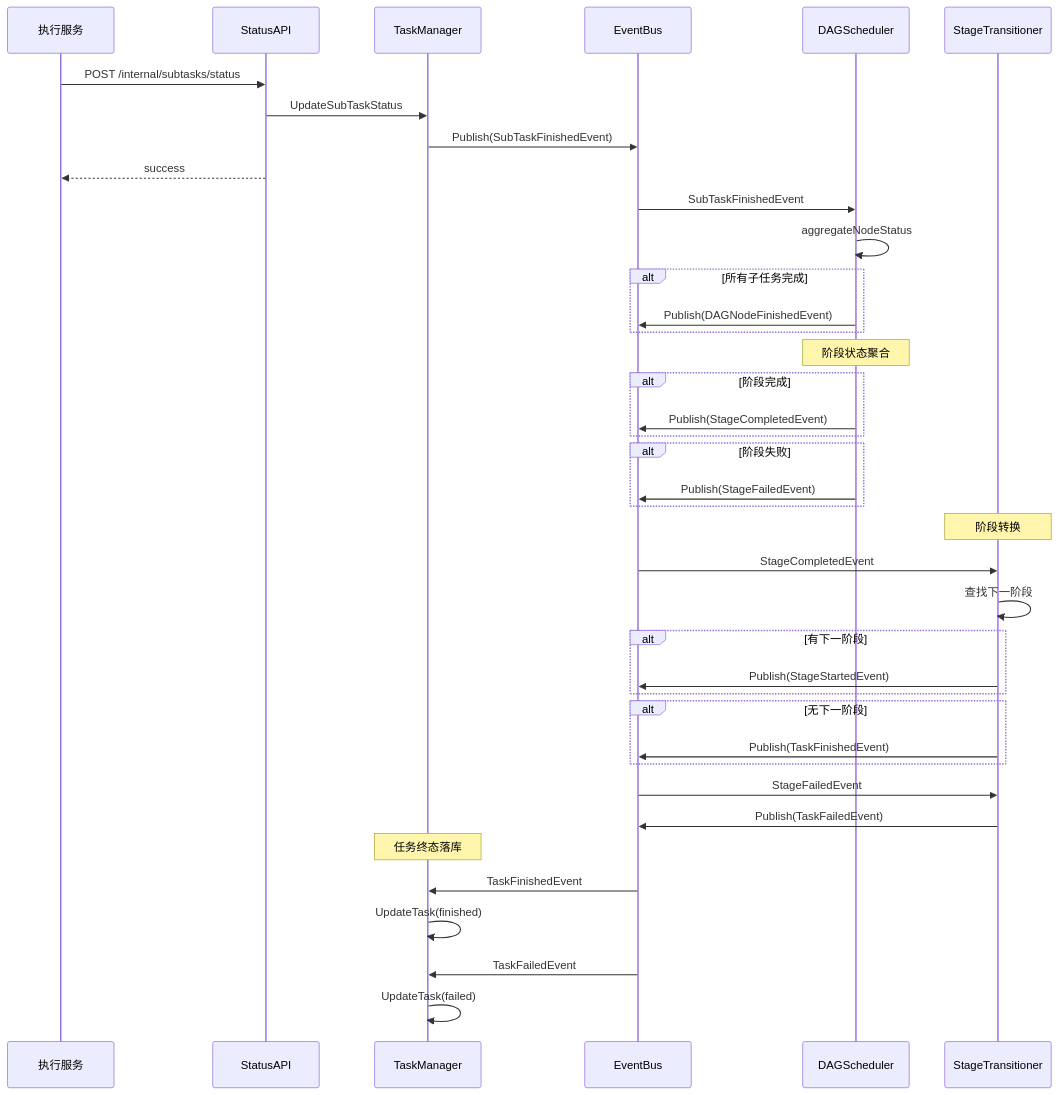
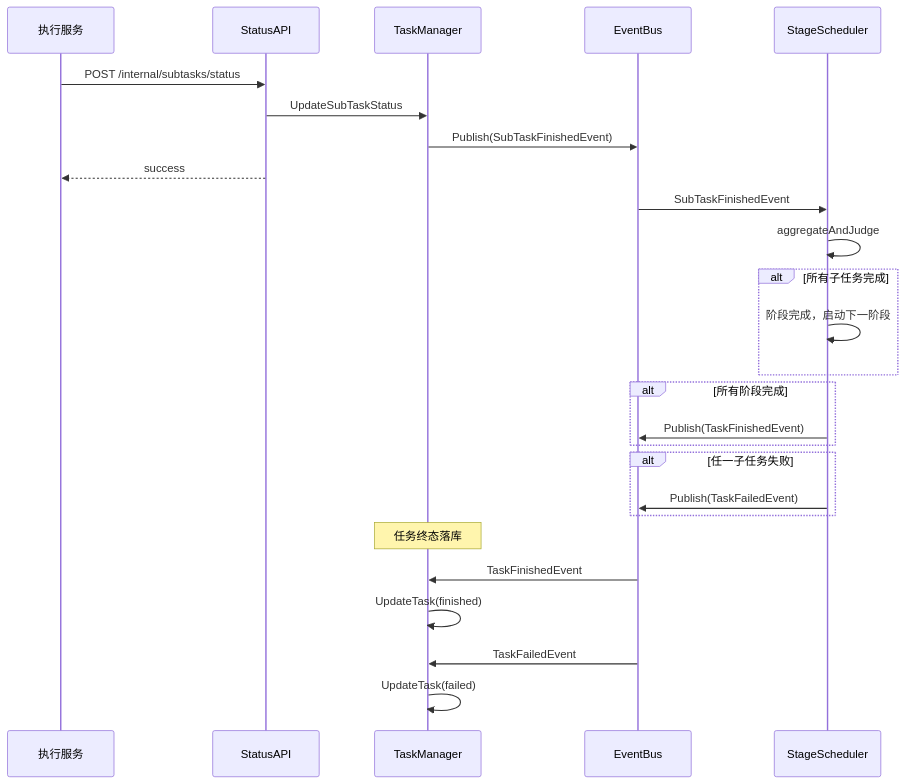
The eighth of 9 diagrams in docs/designs/模块设计文档.md (njuxumq/agent-eval-server), drawn with Mermaid before and after one commit. The commit also changed other lines of this file and 15 other files, not shown here.

````diff
--- a/docs/designs/模块设计文档.md
+++ b/docs/designs/模块设计文档.md
@@ -557,48 +611,32 @@
 ```mermaid
 sequenceDiagram
     participant Executor as 执行服务
     participant API as StatusAPI
     participant TM as TaskManager
     participant EB as EventBus
-    participant Scheduler as DAGScheduler
-    participant ST as StageTransitioner
+    participant SS as StageScheduler
 
     Executor->>API: POST /internal/subtasks/status
     API->>TM: UpdateSubTaskStatus
     TM->>EB: Publish(SubTaskFinishedEvent)
     API-->>Executor: success
 
-    EB->>Scheduler: SubTaskFinishedEvent
-    Scheduler->>Scheduler: aggregateNodeStatus
+    EB->>SS: SubTaskFinishedEvent
+    SS->>SS: aggregateAndJudge
     alt 所有子任务完成
-        Scheduler->>EB: Publish(DAGNodeFinishedEvent)
+        SS->>SS: 阶段完成，启动下一阶段
     end
-
-    Note over Scheduler: 阶段状态聚合
-    alt 阶段完成
-        Scheduler->>EB: Publish(StageCompletedEvent)
+    alt 所有阶段完成
+        SS->>EB: Publish(TaskFinishedEvent)
     end
-    alt 阶段失败
-        Scheduler->>EB: Publish(StageFailedEvent)
+    alt 任一子任务失败
+        SS->>EB: Publish(TaskFailedEvent)
     end
-
-    Note over ST: 阶段转换
-    EB->>ST: StageCompletedEvent
-    ST->>ST: 查找下一阶段
-    alt 有下一阶段
-        ST->>EB: Publish(StageStartedEvent)
-    end
-    alt 无下一阶段
-        ST->>EB: Publish(TaskFinishedEvent)
-    end
-
-    EB->>ST: StageFailedEvent
-    ST->>EB: Publish(TaskFailedEvent)
 
     Note over TM: 任务终态落库
     EB->>TM: TaskFinishedEvent
     TM->>TM: UpdateTask(finished)
 
     EB->>TM: TaskFailedEvent
     TM->>TM: UpdateTask(failed)
 ```
````
